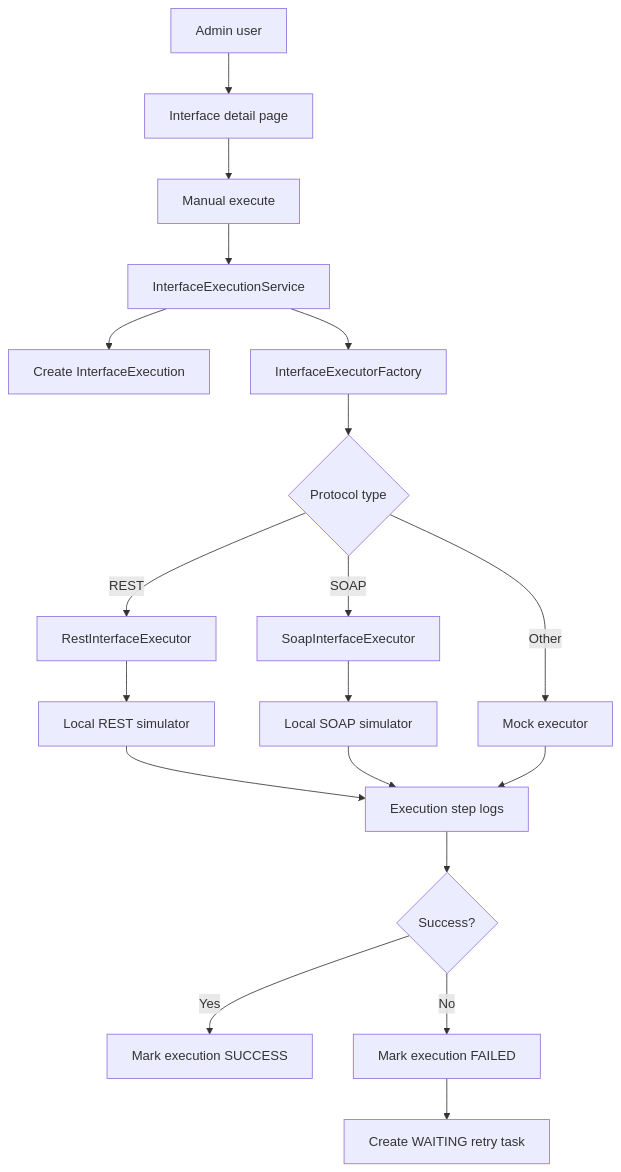
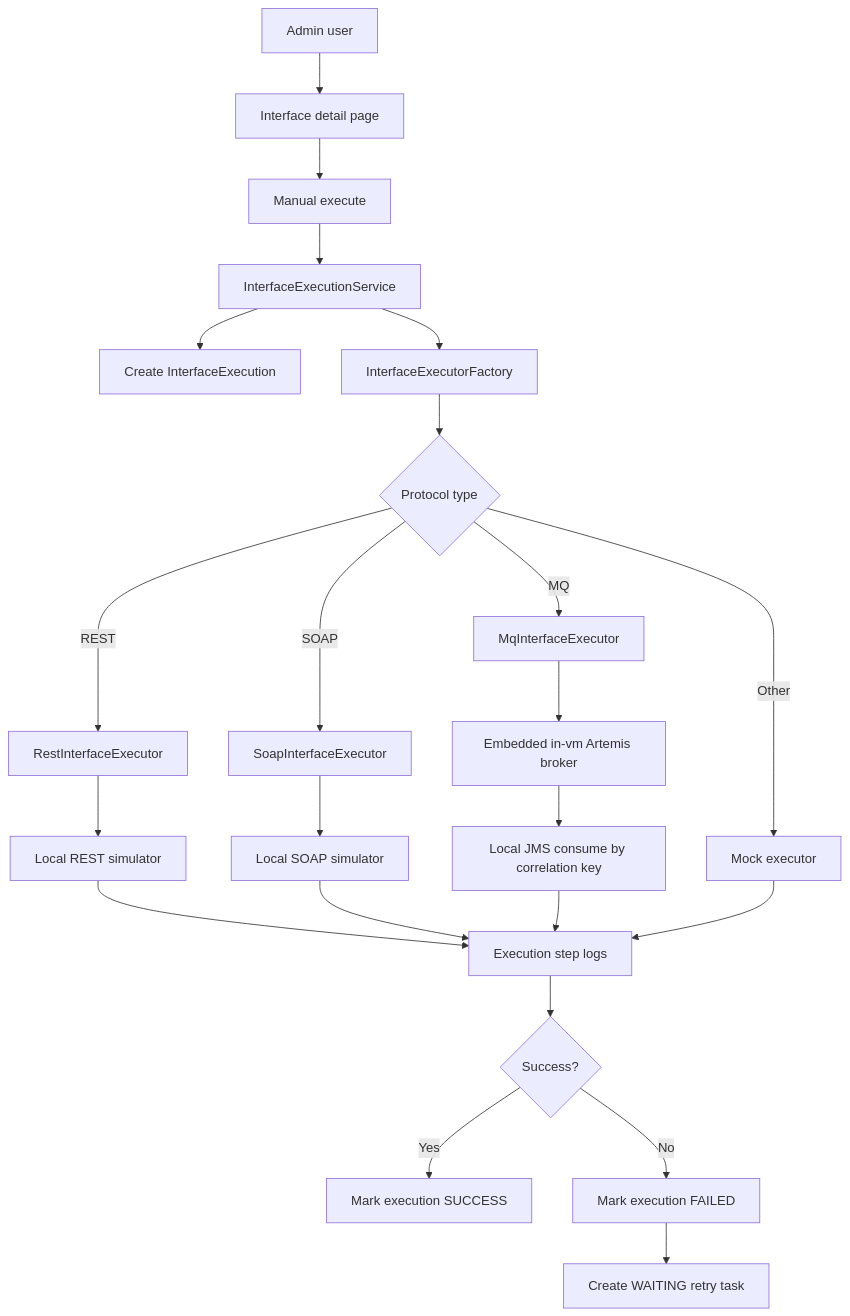
One commit to prozen99/Insurance_interface_hub changed the diagram in docs/02-architecture.md. Above: the diagram before and after it, drawn with Mermaid. The commit also changed other lines of this file and 9 other files, not shown here.

````diff
--- a/docs/02-architecture.md
+++ b/docs/02-architecture.md
@@ -23,21 +24,25 @@
 ```mermaid
 flowchart TD
     Admin["Admin user"] --> Detail["Interface detail page"]
     Detail --> Execute["Manual execute"]
     Execute --> Engine["InterfaceExecutionService"]
     Engine --> Record["Create InterfaceExecution"]
     Engine --> Factory["InterfaceExecutorFactory"]
     Factory --> Protocol{"Protocol type"}
     Protocol -->|REST| Rest["RestInterfaceExecutor"]
     Protocol -->|SOAP| Soap["SoapInterfaceExecutor"]
+    Protocol -->|MQ| Mq["MqInterfaceExecutor"]
     Protocol -->|Other| Mock["Mock executor"]
     Rest --> RestSimulator["Local REST simulator"]
     Soap --> SoapSimulator["Local SOAP simulator"]
+    Mq --> Broker["Embedded in-vm Artemis broker"]
+    Broker --> Consume["Local JMS consume by correlation key"]
     RestSimulator --> Steps["Execution step logs"]
     SoapSimulator --> Steps
+    Consume --> Steps
     Mock --> Steps
     Steps --> Result{"Success?"}
     Result -->|Yes| Success["Mark execution SUCCESS"]
     Result -->|No| Failure["Mark execution FAILED"]
     Failure --> Retry["Create WAITING retry task"]
 ```
````
